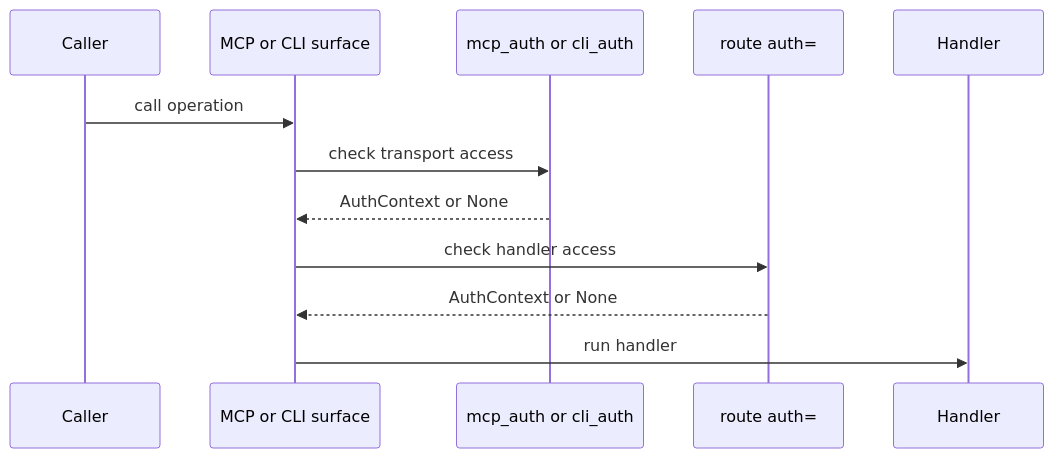
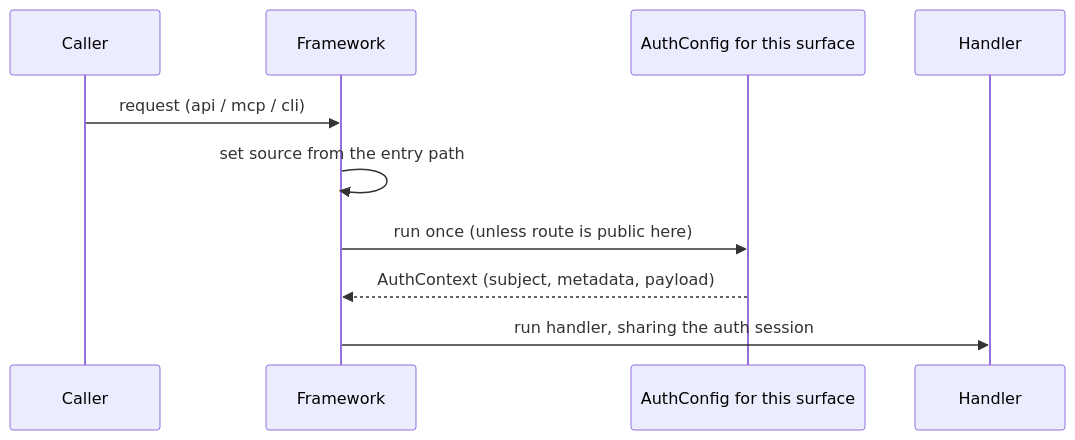
The diagram in docs/en/dev/auth-model.md (yanurag-dev/quater), drawn with Mermaid before and after one commit. The commit also changed other lines of this file and 80 other files, not shown here.

````diff
--- a/docs/en/dev/auth-model.md
+++ b/docs/en/dev/auth-model.md
@@ -27,15 +64,13 @@
 ```mermaid
 sequenceDiagram
     participant Caller
-    participant Surface as MCP or CLI surface
-    participant SurfaceAuth as mcp_auth or cli_auth
-    participant RouteAuth as route auth=
+    participant Framework
+    participant AuthConfig as AuthConfig for this surface
     participant Handler
 
-    Caller->>Surface: call operation
-    Surface->>SurfaceAuth: check transport access
-    SurfaceAuth-->>Surface: AuthContext or None
-    Surface->>RouteAuth: check handler access
-    RouteAuth-->>Surface: AuthContext or None
-    Surface->>Handler: run handler
+    Caller->>Framework: request (api / mcp / cli)
+    Framework->>Framework: set source from the entry path
+    Framework->>AuthConfig: run once (unless route is public here)
+    AuthConfig-->>Framework: AuthContext (subject, metadata, payload)
+    Framework->>Handler: run handler, sharing the auth session
 ```
````
